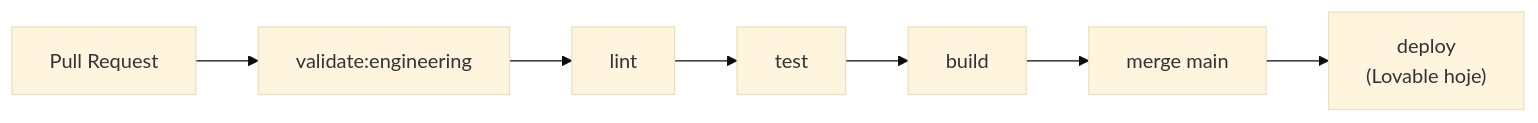
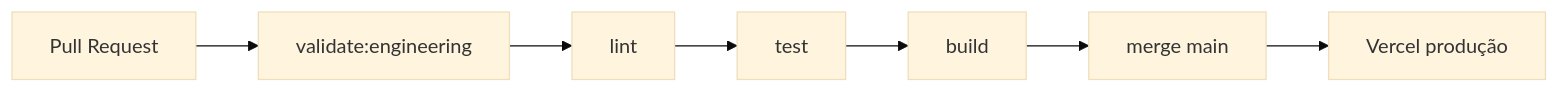
One commit to Lots-BI/supabase-magic-portal changed the diagram in docs/08-operations/cicd.md. Above: the diagram before and after it, drawn with Mermaid (base theme). The commit also changed other lines of this file and 57 other files, not shown here.

````diff
--- a/docs/08-operations/cicd.md
+++ b/docs/08-operations/cicd.md
@@ -31,9 +32,9 @@
 ```mermaid
 flowchart LR
     PR["Pull Request"] --> VAL["validate:engineering"]
     VAL --> LINT["lint"]
     LINT --> TEST["test"]
     TEST --> BUILD["build"]
     BUILD --> MERGE["merge main"]
-    MERGE --> DEPLOY["deploy\n(Lovable hoje)"]
+    MERGE --> DEPLOY["Vercel produção"]
 ```
````
